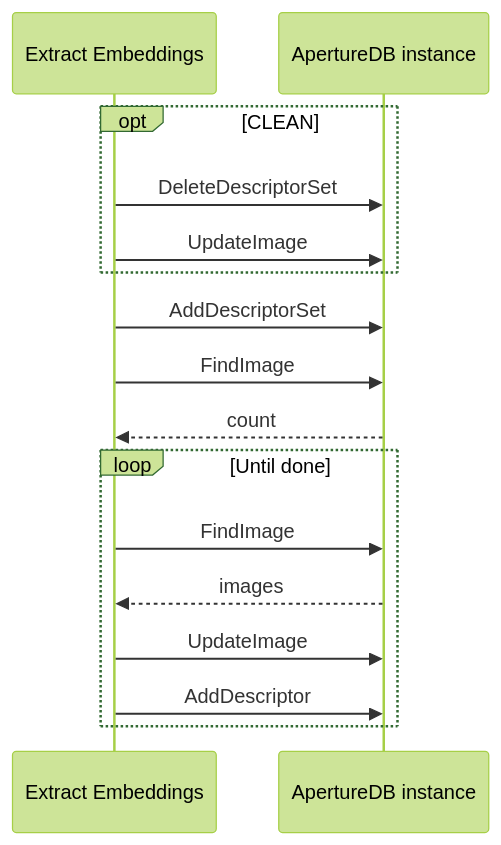
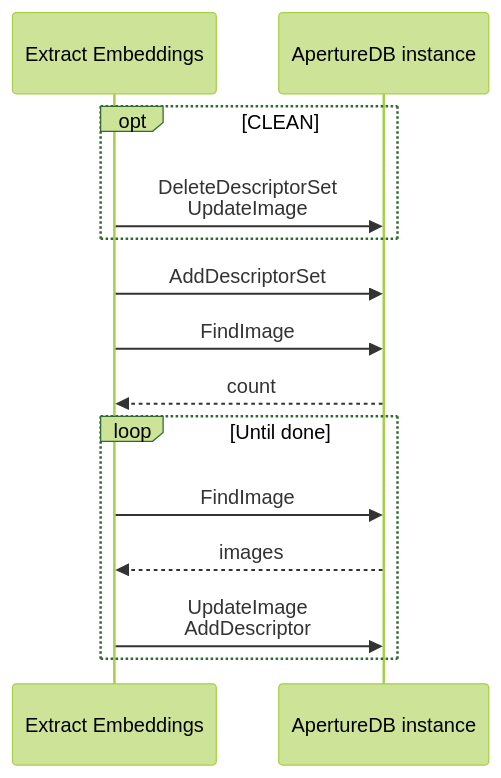
The diagram in apps/embeddings-extraction/README.md (aperture-data/workflows), drawn with Mermaid (forest theme) before and after one commit. The commit also changed 2 other files, not shown here.

Commit message:
compact same message onto same line

````diff
--- a/apps/embeddings-extraction/README.md
+++ b/apps/embeddings-extraction/README.md
@@ -12,18 +12,16 @@
 ```mermaid
 sequenceDiagram
     participant W as Extract Embeddings
     participant A as ApertureDB instance
     opt CLEAN
-        W->>A: DeleteDescriptorSet
-        W->>A: UpdateImage
+        W->>A: DeleteDescriptorSet<br/>UpdateImage
     end
     W->>A: AddDescriptorSet
     W->>A: FindImage
     A-->>W: count
     loop Until done
         W->>A: FindImage
         A-->>W: images
-        W->>A: UpdateImage  
-        W->>A: AddDescriptor
+        W->>A: UpdateImage<br/>AddDescriptor
     end
 ```
````
